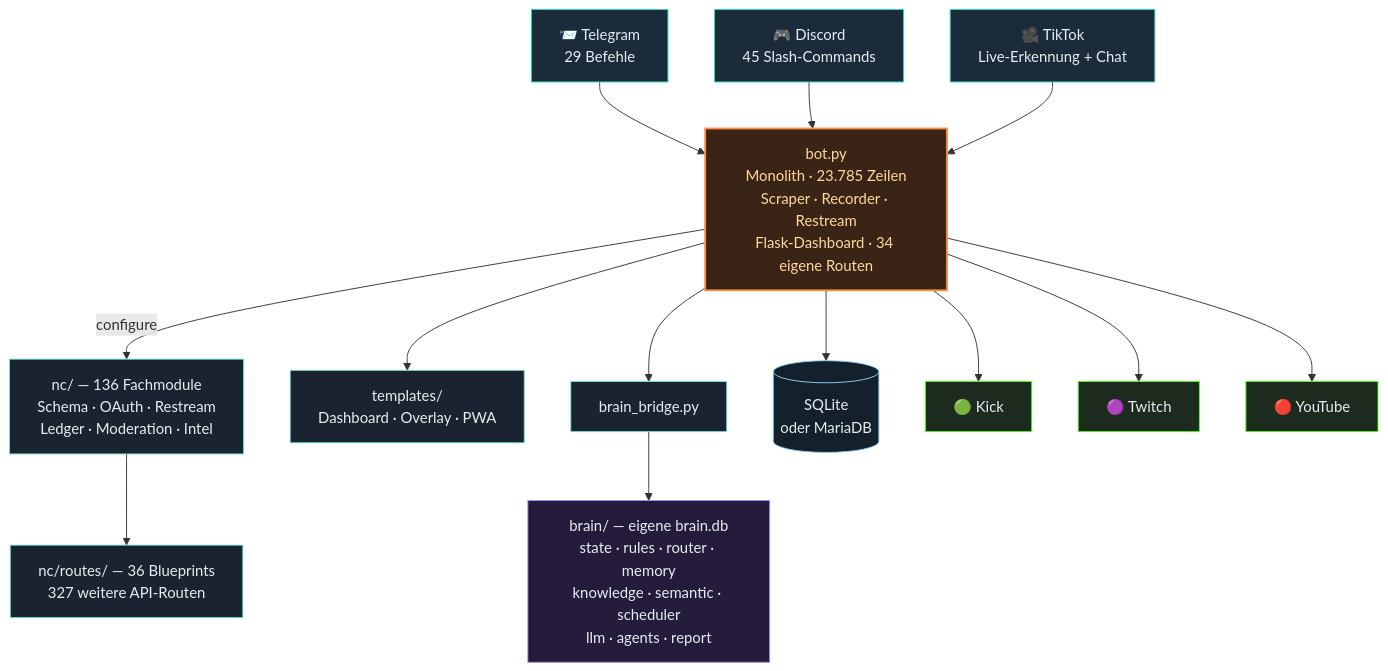
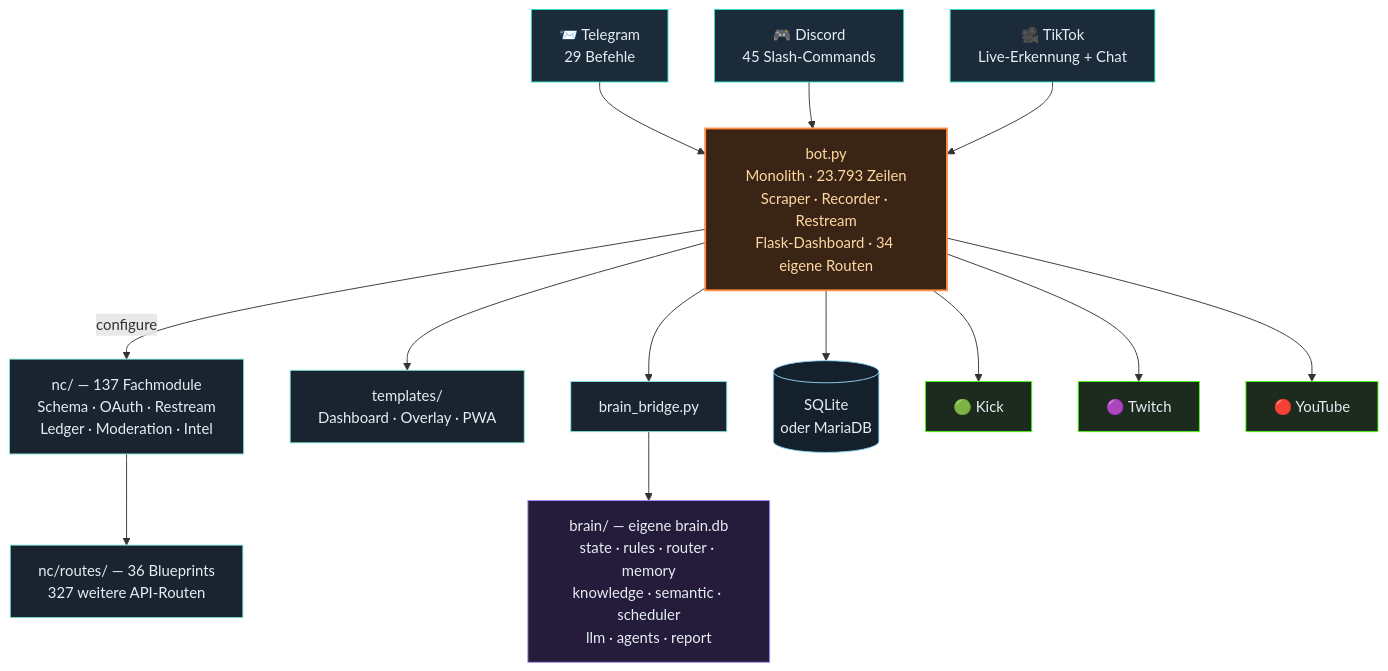
One commit to itsamemedev/Telegram-Stream-Info-Bot changed the third of 4 diagrams in README.md. Above: the diagram before and after it, drawn with Mermaid. The commit also changed other lines of this file and 13 other files, not shown here.

````diff
--- a/README.md
+++ b/README.md
@@ -189,30 +189,30 @@
 ```mermaid
 flowchart TB
     TG["📨 Telegram<br/>29 Befehle"]:::ein
     DC["🎮 Discord<br/>45 Slash-Commands"]:::ein
     TT["🎥 TikTok<br/>Live-Erkennung + Chat"]:::ein
 
     TG --> BOT
     DC --> BOT
     TT --> BOT
 
-    BOT["bot.py<br/>Monolith · 23.785 Zeilen<br/>Scraper · Recorder · Restream<br/>Flask-Dashboard · 34 eigene Routen"]:::core
+    BOT["bot.py<br/>Monolith · 23.793 Zeilen<br/>Scraper · Recorder · Restream<br/>Flask-Dashboard · 34 eigene Routen"]:::core
 
-    BOT -->|configure| NC["nc/ — 136 Fachmodule<br/>Schema · OAuth · Restream<br/>Ledger · Moderation · Intel"]:::lib
+    BOT -->|configure| NC["nc/ — 137 Fachmodule<br/>Schema · OAuth · Restream<br/>Ledger · Moderation · Intel"]:::lib
     NC --> RT["nc/routes/ — 36 Blueprints<br/>327 weitere API-Routen"]:::lib
     BOT --> TPL["templates/<br/>Dashboard · Overlay · PWA"]:::lib
     BOT --> BR["brain_bridge.py"]:::lib
     BR --> BRAIN["brain/ — eigene brain.db<br/>state · rules · router · memory<br/>knowledge · semantic · scheduler<br/>llm · agents · report"]:::brain
     BOT --> DB[("SQLite<br/>oder MariaDB")]:::db
 
     BOT --> KICK["🟢 Kick"]:::out
     BOT --> TW["🟣 Twitch"]:::out
     BOT --> YT["🔴 YouTube"]:::out
 
     classDef ein fill:#1c2b3a,stroke:#2de1c2,color:#e6edf3
     classDef core fill:#3a2415,stroke:#ff8c42,stroke-width:2px,color:#ffd9a0
     classDef lib fill:#1a2430,stroke:#7fe7d4,color:#e6edf3
     classDef brain fill:#241c3a,stroke:#a78bfa,color:#e6edf3
     classDef db fill:#14202c,stroke:#8fd3f4,color:#e6edf3
     classDef out fill:#1c2b1e,stroke:#53fc18,color:#e6edf3
 ```
````
